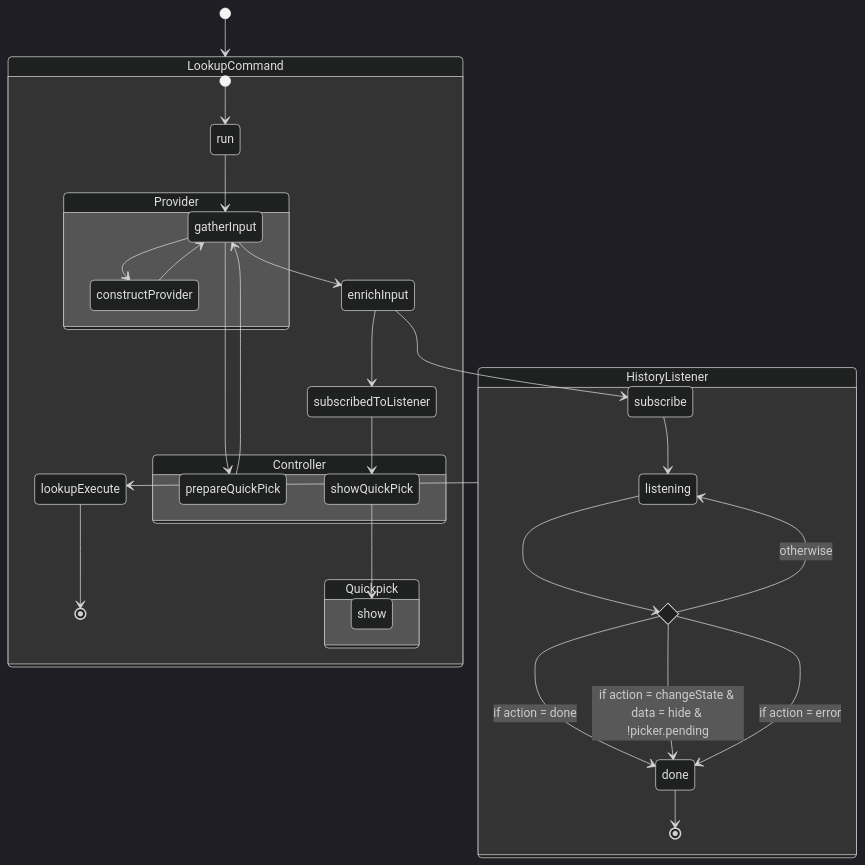
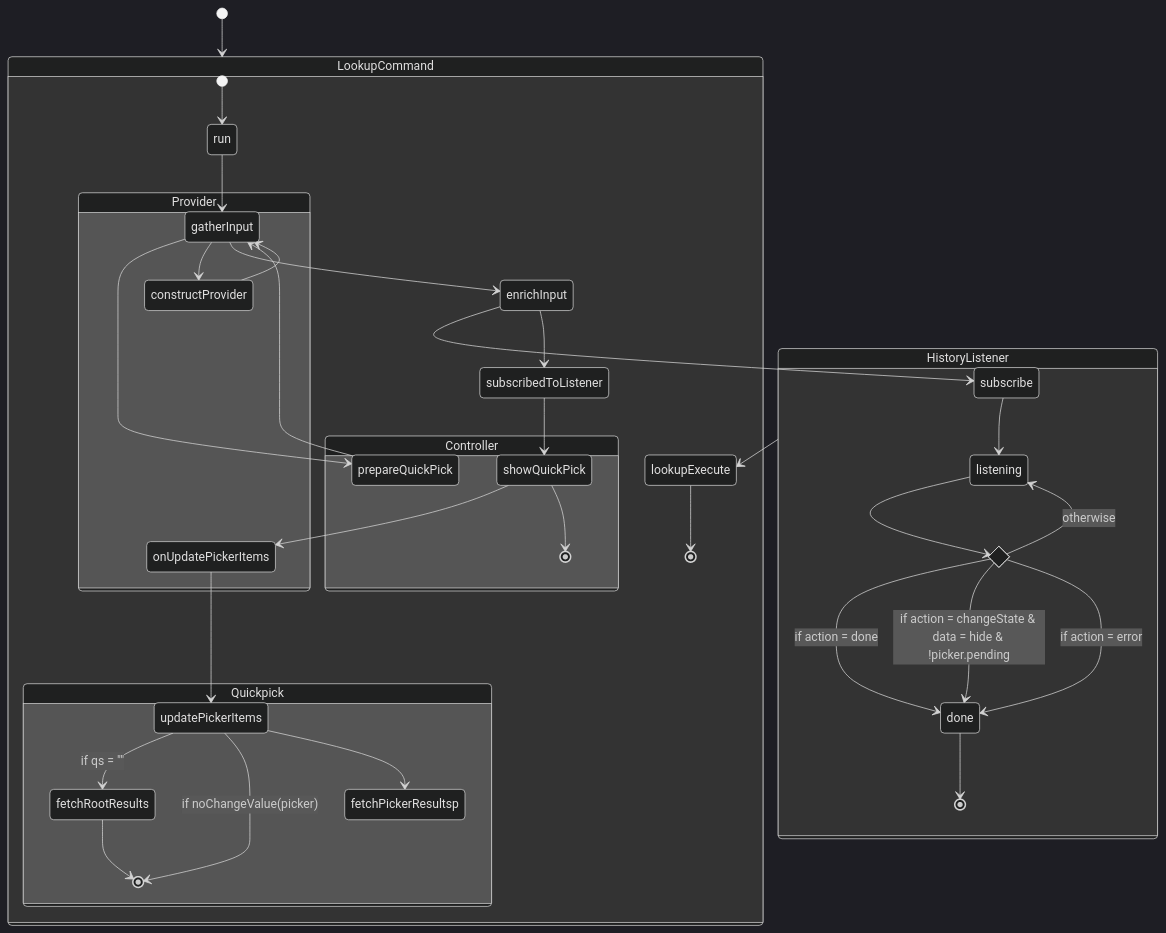
One commit to dendronhq/dendron-site changed the diagram in vault/pkg.dendron-plugin.arch.note-lookup.md. Above: the diagram before and after it, drawn with Mermaid (dark theme). The commit also changed other lines of this file and 6 other files, not shown here.

````diff
--- a/vault/pkg.dendron-plugin.arch.note-lookup.md
+++ b/vault/pkg.dendron-plugin.arch.note-lookup.md
@@ -15,45 +15,51 @@
 ```mermaid
 
 stateDiagram-v2
     [*] --> LookupCommand
 
     state LookupCommand {
         [*] --> run
         run --> gatherInput
         gatherInput --> prepareQuickPick
         gatherInput --> constructProvider
         gatherInput --> enrichInput
         enrichInput --> subscribe
         enrichInput --> subscribedToListener
         subscribedToListener --> showQuickPick
         lookupExecute --> [*]
 
       state Controller {
         prepareQuickPick
         prepareQuickPick --> gatherInput
-        showQuickPick --> show
+        showQuickPick --> onUpdatePickerItems
+        showQuickPick --> [*]
       }
 
       state Provider {
         constructProvider --> gatherInput
+        onUpdatePickerItems --> updatePickerItems
       }
 
       state Quickpick {
-        show
+        state updatePickerItems <<choice>>
+        updatePickerItems --> fetchRootResults: if qs = ""
+        updatePickerItems --> [*]: if noChangeValue(picker)
+        updatePickerItems --> fetchPickerResultsp
+        fetchRootResults --> [*]
       }
 
     }
 
     state HistoryListener {
       state listen <<choice>>
       subscribe  --> listening
       listening --> listen
       listen --> done : if action = done
       listen --> done : if action = changeState & data = hide & !picker.pending
       listen --> done : if action = error
       listen --> listening: otherwise
       done --> [*]
     }
 
     HistoryListener --> lookupExecute
 ```
````
